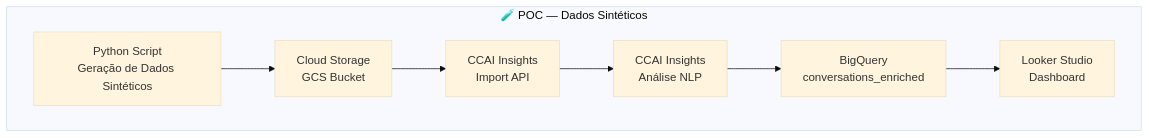
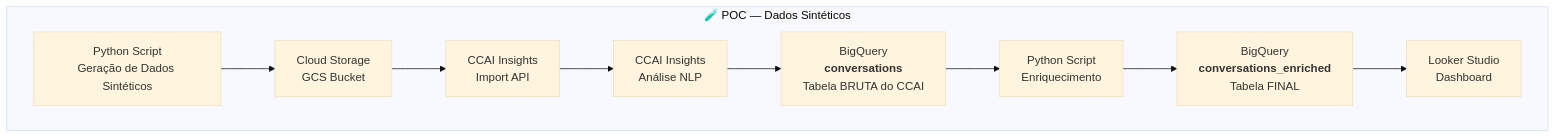
One commit to felippemozer/poc-gcp-ccai changed the first of 2 diagrams in README.md. Above: the diagram before and after it, drawn with Mermaid (base theme).

Commit message:
corrige o diagrama

````diff
--- a/README.md
+++ b/README.md
@@ -33,11 +33,14 @@
 ```mermaid
 flowchart TD
 
     subgraph POC["🧪 POC — Dados Sintéticos"]
         P1[Python Script<br/>Geração de Dados Sintéticos] --> P2[Cloud Storage<br/>GCS Bucket]
         P2 --> P3[CCAI Insights<br/>Import API]
         P3 --> P4[CCAI Insights<br/>Análise NLP]
-        P4 --> P5[BigQuery<br/>conversations_enriched]
-        P5 --> P6[Looker Studio<br/>Dashboard]
+        P4 --> P5a[BigQuery<br/><b>conversations</b><br/>Tabela BRUTA do CCAI]
+        P5a --> P6[Python Script<br/>Enriquecimento]
+        P6 --> P5b[BigQuery<br/><b>conversations_enriched</b><br/>Tabela FINAL]
+        P5b --> P7[Looker Studio<br/>Dashboard]
     end
+
 ```
````
